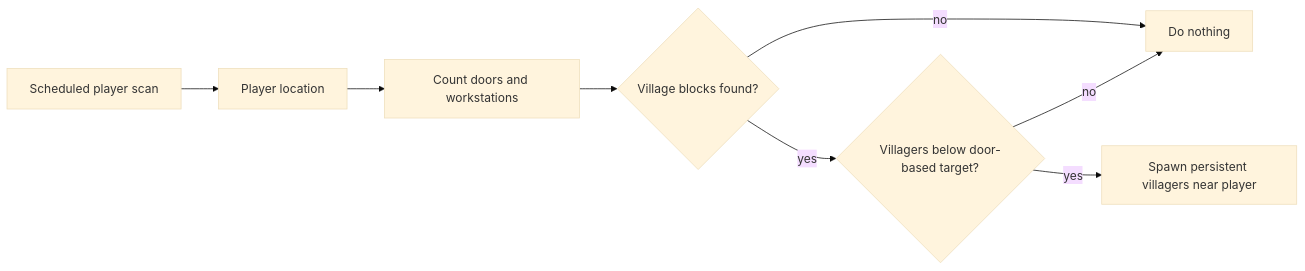
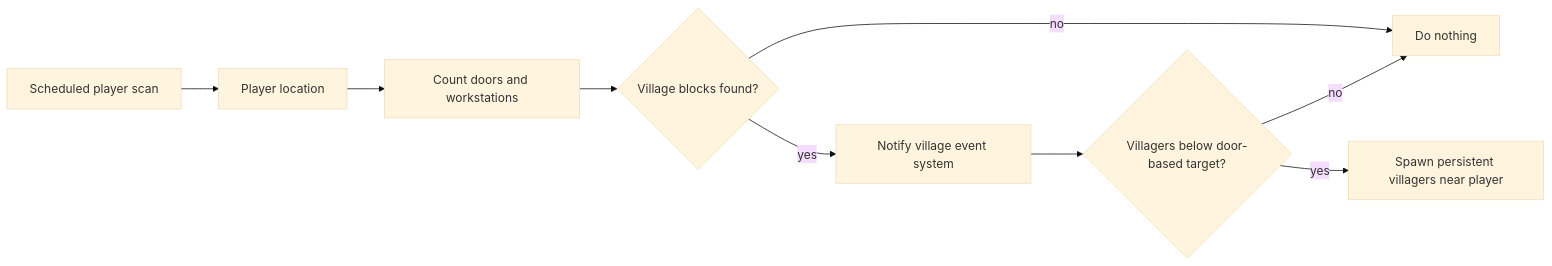
One commit to adeptum-labs/questai changed the third of 3 diagrams in README.md. Above: the diagram before and after it, drawn with Mermaid (base theme). The commit also changed other lines of this file, not shown here.

````diff
--- a/README.md
+++ b/README.md
@@ -110,10 +184,11 @@
 ```mermaid
 flowchart LR
 	PlayerTick[Scheduled player scan] --> Location[Player location]
 	Location --> Blocks[Count doors and workstations]
 	Blocks --> EnoughBlocks{Village blocks found?}
 	EnoughBlocks -- no --> Stop[Do nothing]
-	EnoughBlocks -- yes --> Spawn{Villagers below door-based target?}
+	EnoughBlocks -- yes --> Events[Notify village event system]
+	Events --> Spawn{Villagers below door-based target?}
 	Spawn -- no --> Stop
 	Spawn -- yes --> Create[Spawn persistent villagers near player]
 ```
````
